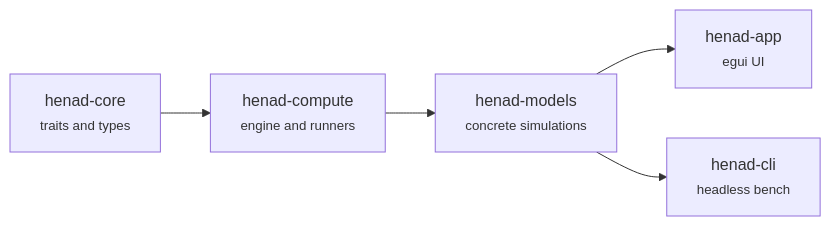
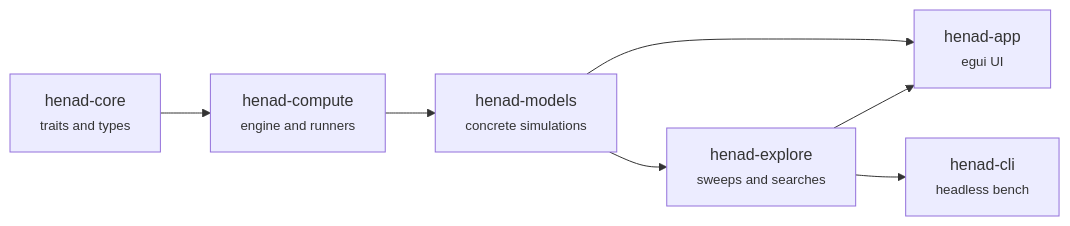
One commit to micfong-z/henad changed the diagram in docs/developing/architecture.md. Above: the diagram before and after it, drawn with Mermaid. The commit also changed other lines of this file and 27 other files, not shown here.

Commit message:
docs: parameter sweeps, search and app tour

````diff
--- a/docs/developing/architecture.md
+++ b/docs/developing/architecture.md
@@ -11,7 +11,9 @@
 ```mermaid
 graph LR
   core["henad-core<br/><small>traits and types</small>"] --> compute["henad-compute<br/><small>engine and runners</small>"]
   compute --> models["henad-models<br/><small>concrete simulations</small>"]
   models --> app["henad-app<br/><small>egui UI</small>"]
-  models --> cli["henad-cli<br/><small>headless bench</small>"]
+  models --> explore["henad-explore<br/><small>sweeps and searches</small>"]
+  explore --> cli["henad-cli<br/><small>headless bench</small>"]
+  explore --> app
 ```
````
